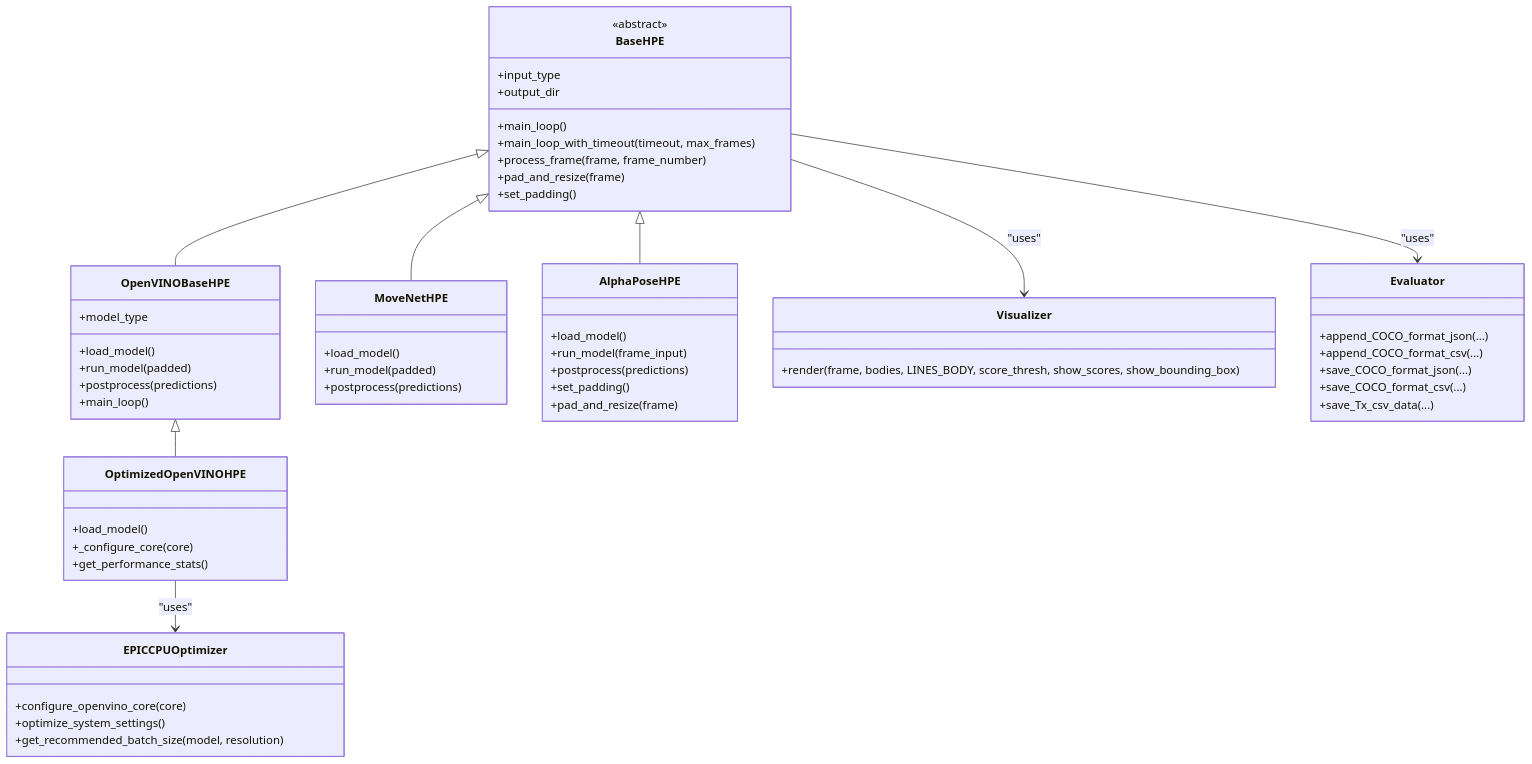
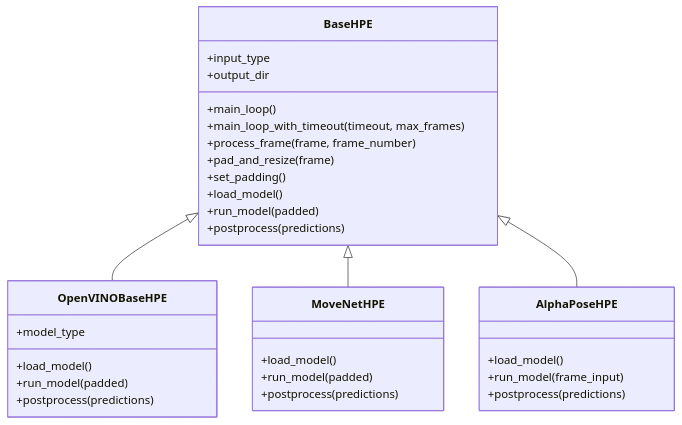
The third of 10 diagrams in .qoder/repowiki/en/content/Core Architecture/Core Architecture.md (Fogus-Gr/MeasurementsDTs), drawn with Mermaid before and after one commit. The commit also changed other lines of this file and 158 other files, not shown here.

````diff
--- a/.qoder/repowiki/en/content/Core Architecture/Core Architecture.md
+++ b/.qoder/repowiki/en/content/Core Architecture/Core Architecture.md
@@ -122,59 +137,34 @@
 ```mermaid
 classDiagram
 class BaseHPE {
 +input_type
 +output_dir
 +main_loop()
 +main_loop_with_timeout(timeout, max_frames)
 +process_frame(frame, frame_number)
 +pad_and_resize(frame)
 +set_padding()
-<<abstract>>
++load_model()
++run_model(padded)
++postprocess(predictions)
 }
 class OpenVINOBaseHPE {
 +model_type
 +load_model()
 +run_model(padded)
 +postprocess(predictions)
-+main_loop()
-}
-class OptimizedOpenVINOHPE {
-+load_model()
-+_configure_core(core)
-+get_performance_stats()
 }
 class MoveNetHPE {
 +load_model()
 +run_model(padded)
 +postprocess(predictions)
 }
 class AlphaPoseHPE {
 +load_model()
 +run_model(frame_input)
 +postprocess(predictions)
-+set_padding()
-+pad_and_resize(frame)
-}
-class EPICCPUOptimizer {
-+configure_openvino_core(core)
-+optimize_system_settings()
-+get_recommended_batch_size(model, resolution)
-}
-class Visualizer {
-+render(frame, bodies, LINES_BODY, score_thresh, show_scores, show_bounding_box)
-}
-class Evaluator {
-+append_COCO_format_json(...)
-+append_COCO_format_csv(...)
-+save_COCO_format_json(...)
-+save_COCO_format_csv(...)
-+save_Tx_csv_data(...)
 }
 BaseHPE <|-- OpenVINOBaseHPE
-OpenVINOBaseHPE <|-- OptimizedOpenVINOHPE
 BaseHPE <|-- MoveNetHPE
 BaseHPE <|-- AlphaPoseHPE
-OptimizedOpenVINOHPE --> EPICCPUOptimizer : "uses"
-BaseHPE --> Visualizer : "uses"
-BaseHPE --> Evaluator : "uses"
 ```
````
